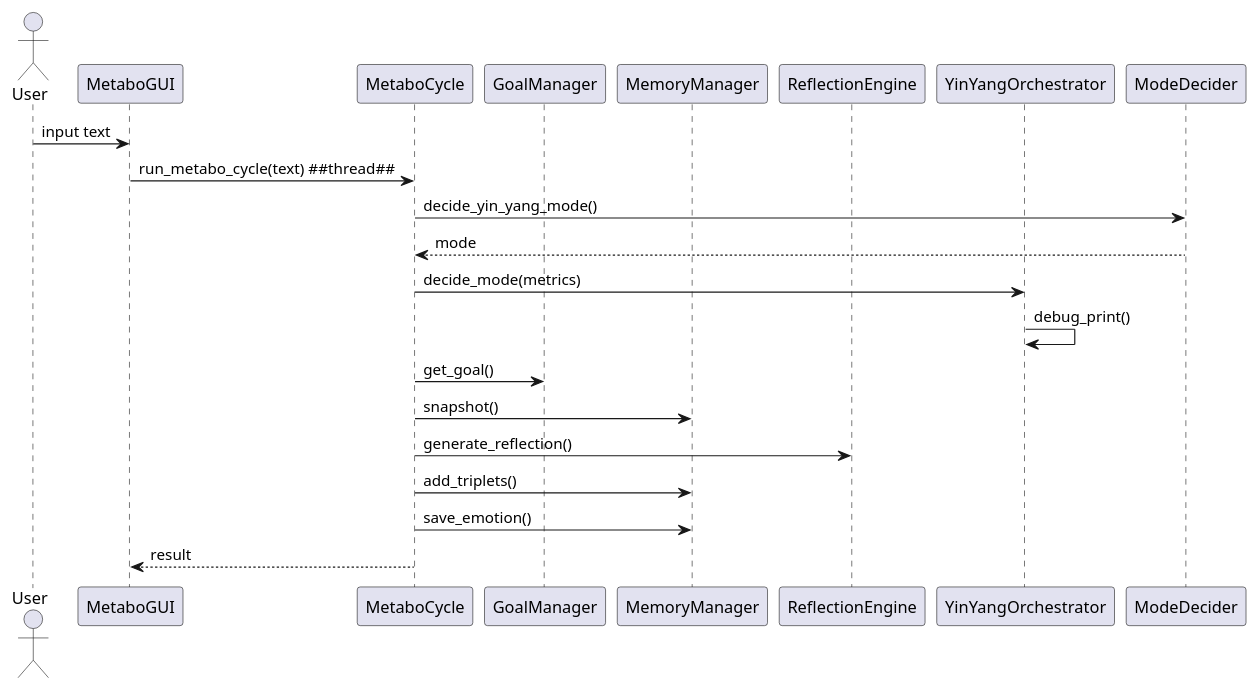
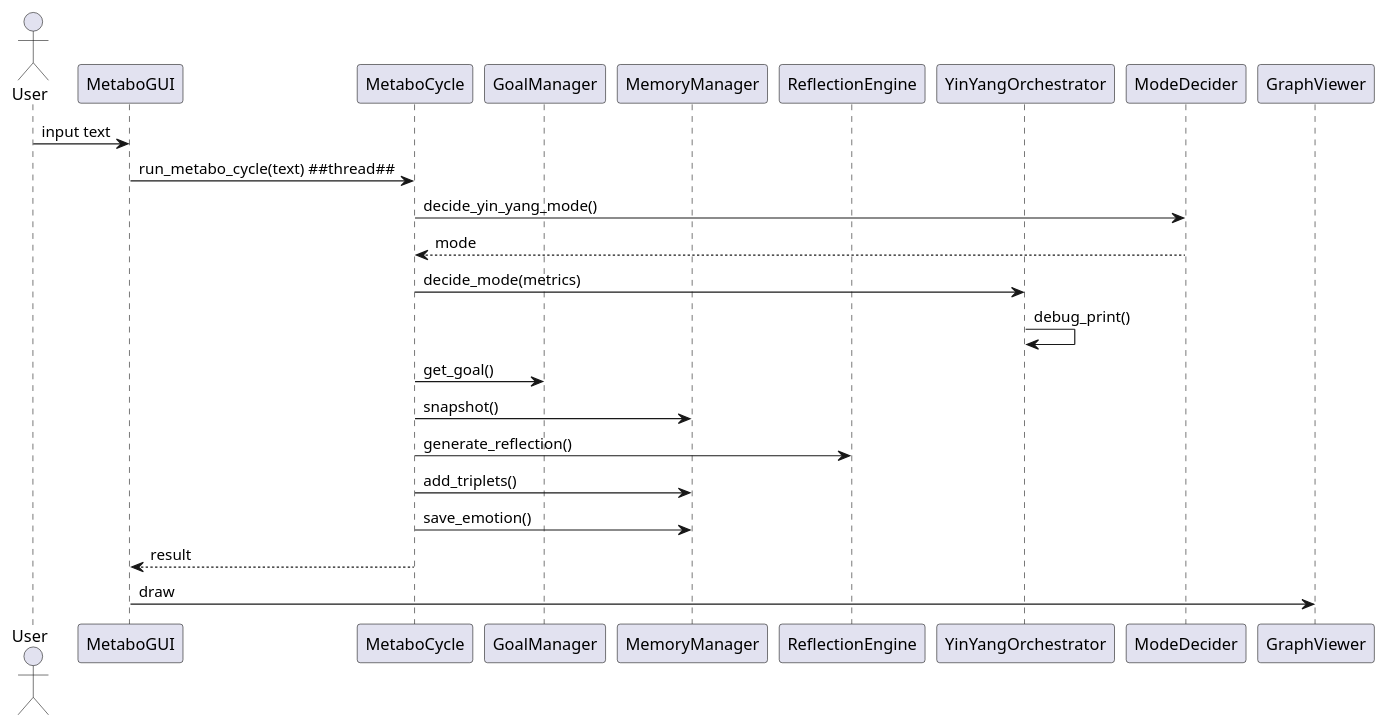
Before and after one commit to marcusreimold/MetaboMind: the diagram in doc/diagrams/sequence_diagram.puml, drawn with PlantUML. The commit also changed 4 other files, not shown here.

Commit message:
Add interactive graph viewer (#64)

```diff
--- a/doc/diagrams/sequence_diagram.puml
+++ b/doc/diagrams/sequence_diagram.puml
@@ -1,22 +1,24 @@
 @startuml
 actor User
 participant MetaboGUI
 participant MetaboCycle
 participant GoalManager
 participant MemoryManager
 participant ReflectionEngine
 participant YinYangOrchestrator
 participant ModeDecider
+participant GraphViewer
 User -> MetaboGUI: input text
 MetaboGUI -> MetaboCycle: run_metabo_cycle(text) ##thread##
 MetaboCycle -> ModeDecider: decide_yin_yang_mode()
 ModeDecider --> MetaboCycle: mode
 MetaboCycle -> YinYangOrchestrator: decide_mode(metrics)
 YinYangOrchestrator -> YinYangOrchestrator: debug_print()
 MetaboCycle -> GoalManager: get_goal()
 MetaboCycle -> MemoryManager: snapshot()
 MetaboCycle -> ReflectionEngine: generate_reflection()
 MetaboCycle -> MemoryManager: add_triplets()
 MetaboCycle -> MemoryManager: save_emotion()
 MetaboCycle --> MetaboGUI: result
+MetaboGUI -> GraphViewer: draw
 @enduml
```
